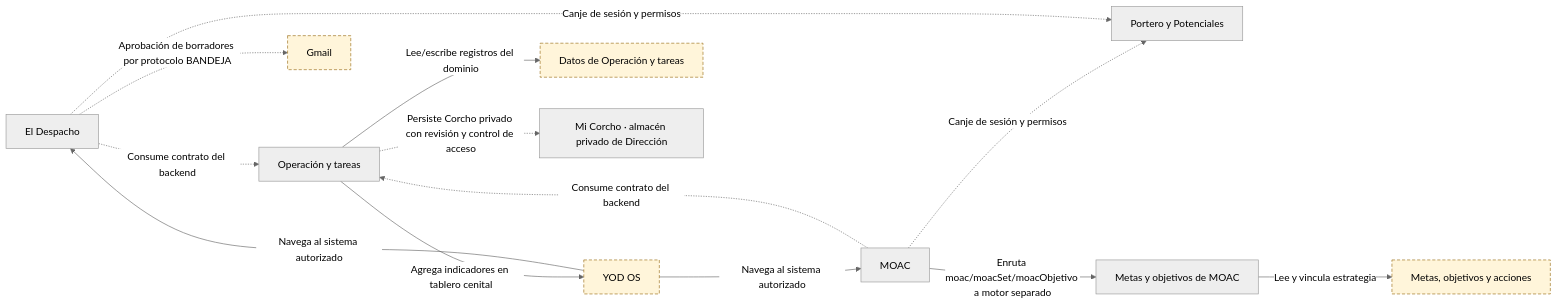
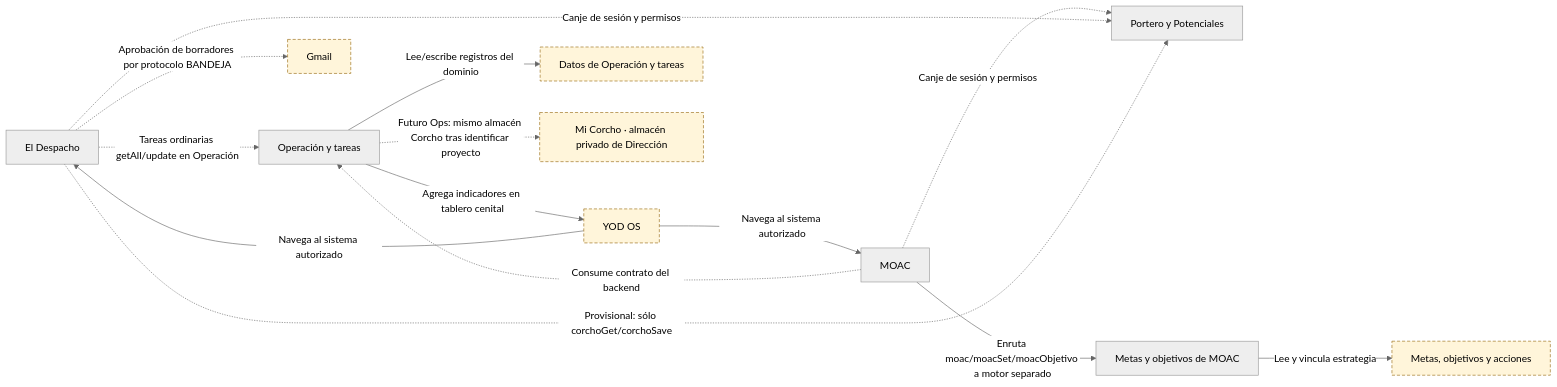
Before and after one commit to yodesarrollomx/yod-portal: the first of 11 diagrams in docs/arquitectura/mapas.md, drawn with Mermaid (neutral theme). The commit also changed other lines of this file and 12 other files, not shown here.

Commit message:
Registrar Corcho provisional de Sala 35 en Portero existente

````diff
--- a/docs/arquitectura/mapas.md
+++ b/docs/arquitectura/mapas.md
@@ -9,30 +9,32 @@
 ```mermaid
 flowchart LR
   n_SYS_DESPACHO["El Despacho"]
   n_SYS_TAREAS["MOAC"]
   n_SYS_YOD_OS["YOD OS"]
   n_GAS_PORTERO["Portero y Potenciales"]
   n_GAS_OPERACION["Operación y tareas"]
   n_SHEET_OPERACION["Datos de Operación y tareas"]
   n_EXT_GMAIL["Gmail"]
   n_GAS_MOAC_METAS["Metas y objetivos de MOAC"]
   n_SHEET_MOAC_METAS["Metas, objetivos y acciones"]
   n_STORE_DESPACHO_CORCHO["Mi Corcho · almacén privado de Dirección"]
   n_GAS_OPERACION -->|Lee/escribe registros del dominio| n_SHEET_OPERACION
-  n_SYS_DESPACHO -.->|Consume contrato del backend| n_GAS_OPERACION
+  n_SYS_DESPACHO -.->|Tareas ordinarias getAll/update en Operación| n_GAS_OPERACION
   n_SYS_TAREAS -.->|Consume contrato del backend| n_GAS_OPERACION
   n_SYS_YOD_OS -->|Navega al sistema autorizado| n_SYS_DESPACHO
   n_SYS_YOD_OS -->|Navega al sistema autorizado| n_SYS_TAREAS
   n_SYS_TAREAS -.->|Canje de sesión y permisos| n_GAS_PORTERO
   n_SYS_DESPACHO -.->|Canje de sesión y permisos| n_GAS_PORTERO
   n_GAS_OPERACION -->|Agrega indicadores en tablero cenital| n_SYS_YOD_OS
   n_SYS_DESPACHO -.->|Aprobación de borradores por protocolo BANDEJA| n_EXT_GMAIL
   n_SYS_TAREAS -->|Enruta moac/moacSet/moacObjetivo a motor separado| n_GAS_MOAC_METAS
   n_GAS_MOAC_METAS -->|Lee y vincula estrategia| n_SHEET_MOAC_METAS
-  n_GAS_OPERACION -.->|Persiste Corcho privado con revisión y control de acceso| n_STORE_DESPACHO_CORCHO
+  n_GAS_OPERACION -.->|Futuro Ops: mismo almacén Corcho tras identificar proyecto| n_STORE_DESPACHO_CORCHO
+  n_SYS_DESPACHO -.->|Provisional: sólo corchoGet/corchoSave| n_GAS_PORTERO
   classDef pendiente fill:#fff5da,stroke:#996d16,stroke-dasharray:5 3;
   class n_SYS_YOD_OS pendiente;
   class n_SHEET_OPERACION pendiente;
   class n_EXT_GMAIL pendiente;
   class n_SHEET_MOAC_METAS pendiente;
+  class n_STORE_DESPACHO_CORCHO pendiente;
 ```
````
